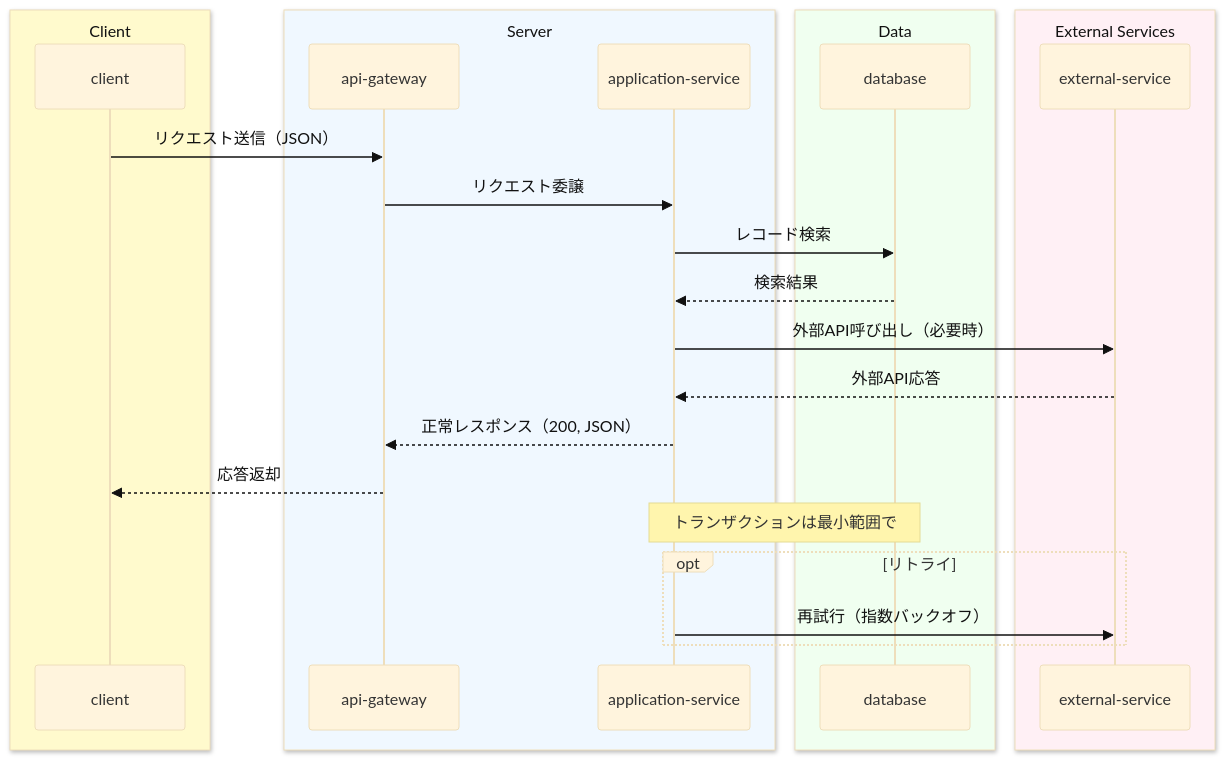
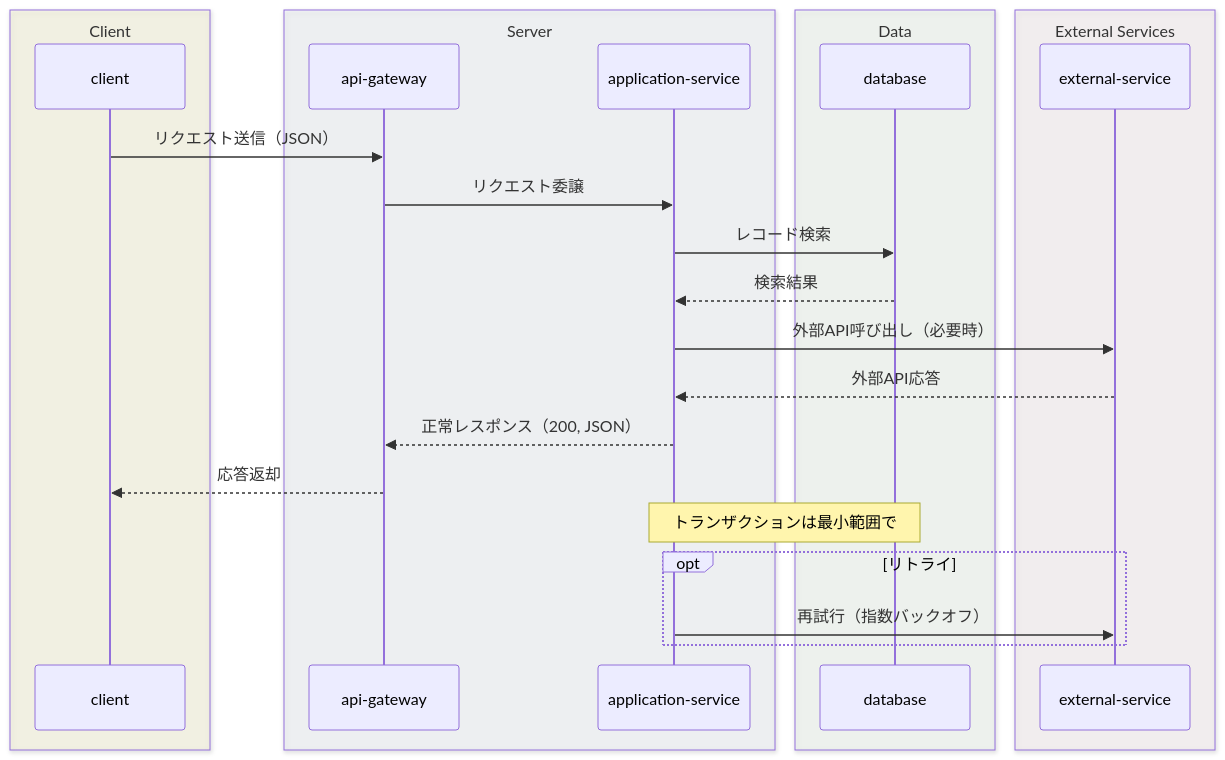
One commit to ymdarake/dotfiles changed the first of 2 diagrams in cursor/rules/mermaid-guidelines.mdc. Above: the diagram before and after it, drawn with Mermaid. The commit also changed other lines of this file, not shown here.

First line of the commit message:
:memo: Mermaidガイドラインに背景透過設定と色設定の詳細を追加

````diff
--- a/cursor/rules/mermaid-guidelines.mdc
+++ b/cursor/rules/mermaid-guidelines.mdc
@@ -28,31 +48,31 @@
 ```mermaid
-%%{init:{'theme':'base','themeVariables':{'textColor':'#111111','lineColor':'#333333','fontSize':'16px'}}}%%
+%%{init:{'theme':'base','themeVariables':{'textColor':'#111111','lineColor':'#333333','fontSize':'16px'},'themeCSS':".mermaid{background:rgba(255,255,255,0.8) !important;} .mermaid svg{background-color:rgba(255,255,255,0.8) !important;} svg[aria-roledescription='sequence-diagram']{background-color:rgba(255,255,255,0.8) !important;} .sequenceDiagram{background-color:rgba(255,255,255,0.8) !important;} body .mermaid{background:rgba(255,255,255,0.8) !important;} rect.actor{fill:rgba(255,255,200,0.3) !important;} rect.labelBox{fill:rgba(255,255,255,0.5) !important;}"}}%%
 sequenceDiagram
-  box LemonChiffon Client
+  box rgba(255,250,205,0.3) Client
     participant CL as client
   end
-  box AliceBlue Server
+  box rgba(240,248,255,0.3) Server
     participant API as api-gateway
     participant APP as application-service
   end
-  box HoneyDew Data
+  box rgba(240,255,240,0.3) Data
     participant DB as database
   end
-  box LavenderBlush External Services
+  box rgba(255,240,245,0.3) External Services
     participant EXT as external-service
   end
 
   CL->>API: リクエスト送信（JSON）
   API->>APP: リクエスト委譲
   APP->>DB: レコード検索
   DB-->>APP: 検索結果
   APP->>EXT: 外部API呼び出し（必要時）
   EXT-->>APP: 外部API応答
   APP-->>API: 正常レスポンス（200, JSON）
   API-->>CL: 応答返却
 
   Note over APP,DB: トランザクションは最小範囲で
   opt リトライ
     APP->>EXT: 再試行（指数バックオフ）
   end
 ```
````
